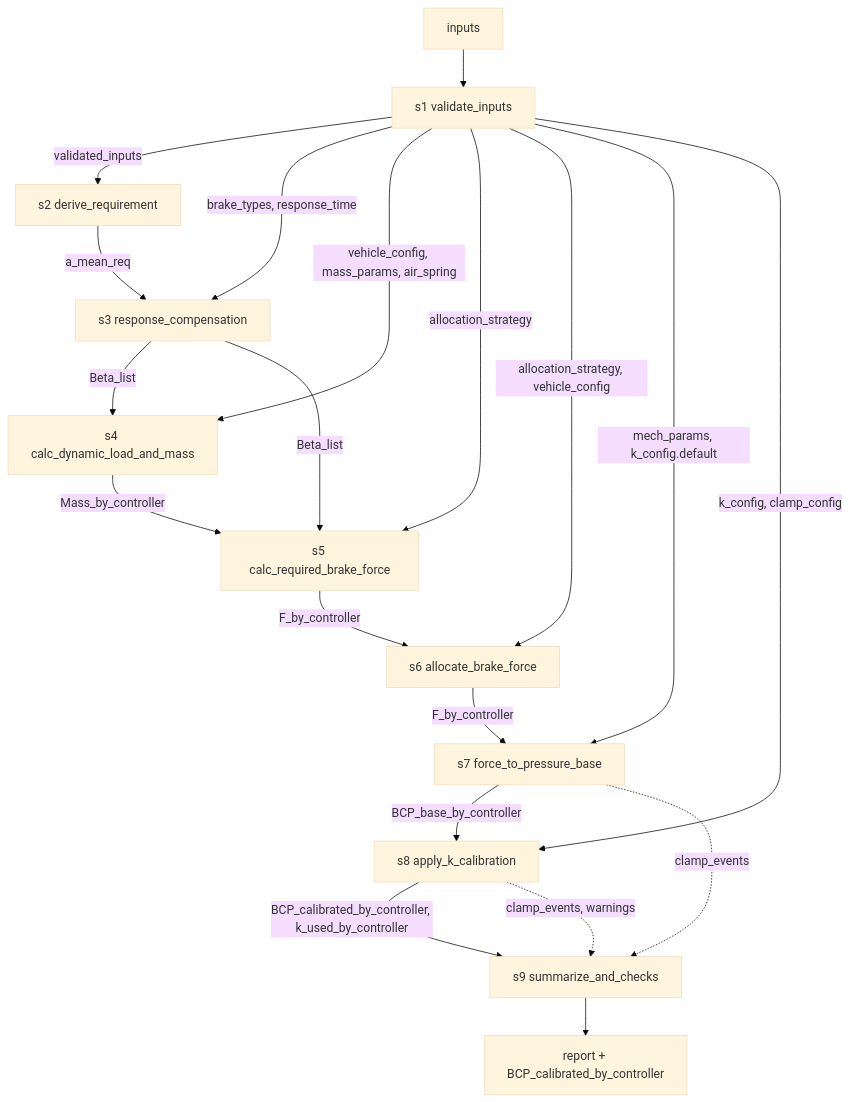
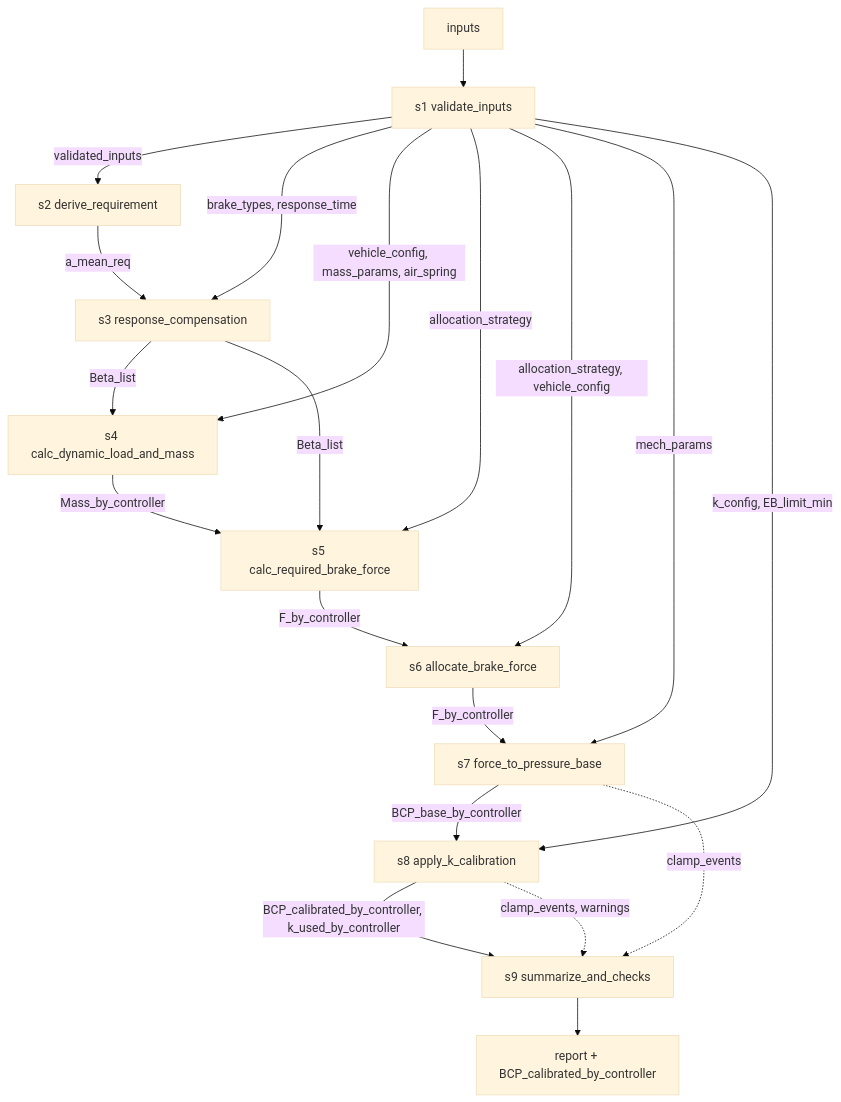
Before and after one commit to diowang13/Brake_Calc: the diagram in specs/Brake_Calc_ Workflow_Spec_v1.0.md, drawn with Mermaid (base theme). The commit also changed other lines of this file and 22 other files, not shown here.

````diff
--- a/specs/Brake_Calc_ Workflow_Spec_v1.0.md
+++ b/specs/Brake_Calc_ Workflow_Spec_v1.0.md
@@ -162,22 +214,22 @@
 ```mermaid
 flowchart TD
   IN[inputs] --> S1[s1 validate_inputs]
   S1 -->|validated_inputs| S2[s2 derive_requirement]
   S2 -->|a_mean_req| S3[s3 response_compensation]
   S1 -->|brake_types, response_time| S3
   S3 -->|Beta_list| S4[s4 calc_dynamic_load_and_mass]
   S1 -->|vehicle_config, mass_params, air_spring| S4
   S4 -->|Mass_by_controller| S5[s5 calc_required_brake_force]
   S3 -->|Beta_list| S5
   S1 -->|allocation_strategy| S5
   S5 -->|F_by_controller| S6[s6 allocate_brake_force]
   S1 -->|allocation_strategy, vehicle_config| S6
   S6 -->|F_by_controller| S7[s7 force_to_pressure_base]
-  S1 -->|mech_params, k_config.default| S7
+  S1 -->|mech_params| S7
   S7 -->|BCP_base_by_controller| S8[s8 apply_k_calibration]
-  S1 -->|k_config, clamp_config| S8
+  S1 -->|k_config, EB_limit_min| S8
   S8 -->|BCP_calibrated_by_controller, k_used_by_controller| S9[s9 summarize_and_checks]
   S7 -.clamp_events.-> S9
   S8 -.clamp_events, warnings.-> S9
   S9 --> OUT[report + BCP_calibrated_by_controller]
 ```
````
